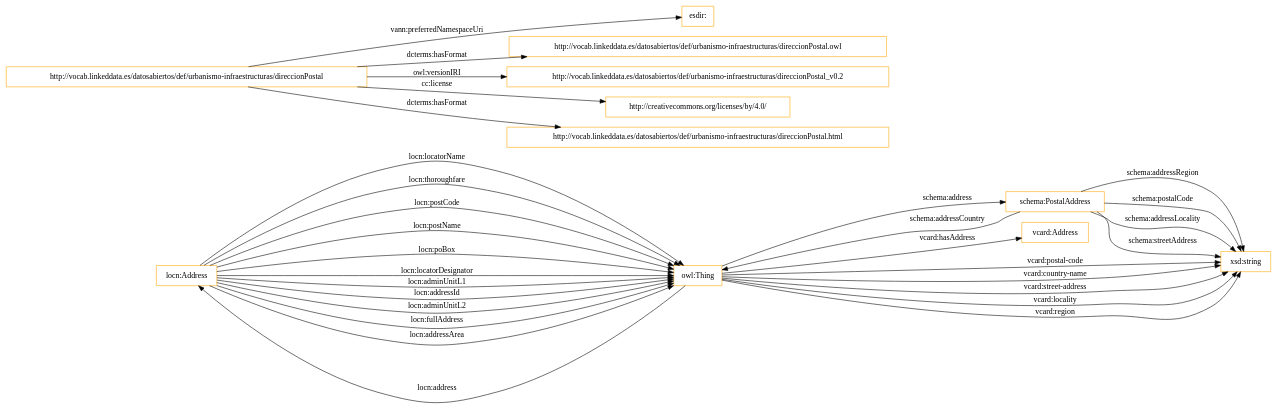
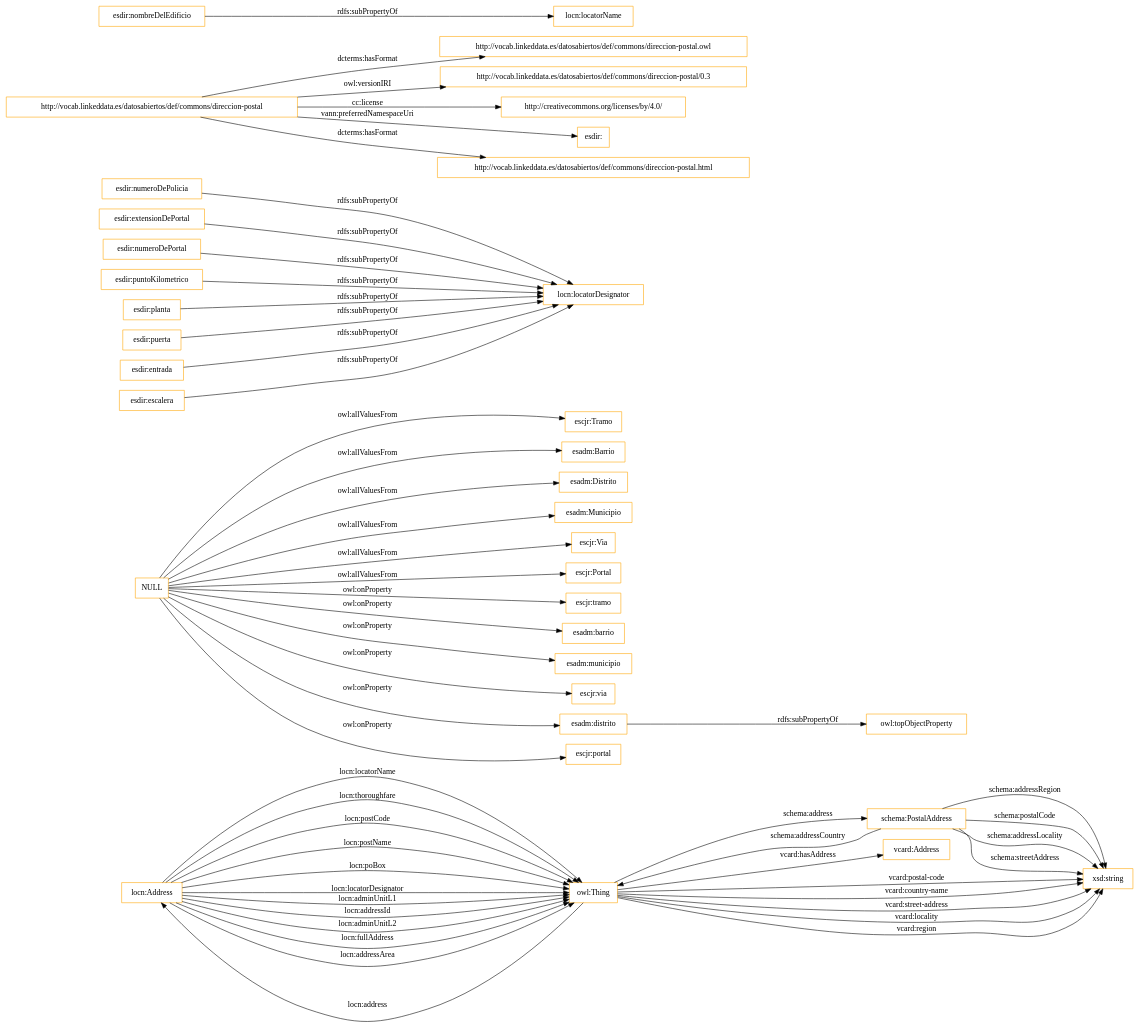
One commit to opencitydata/commons-direccion-postal changed the diagram in OnToology/direccionpostal.owl/diagrams/ar2dtool-class/direccionpostal.owl.png.dot. Above: the diagram before and after it, drawn with Graphviz. The commit also changed 39 other files, not shown here.

```diff
--- a/OnToology/direccionpostal.owl/diagrams/ar2dtool-class/direccionpostal.owl.png.dot
+++ b/OnToology/direccionpostal.owl/diagrams/ar2dtool-class/direccionpostal.owl.png.dot
@@ -1,35 +1,57 @@
 digraph ar2dtool_diagram { 
 rankdir=LR;
 size="1501"
-node [shape = rectangle, color="orange"]; "locn:Address" "vcard:Address" "schema:PostalAddress" ; /*classes style*/
-	"http://vocab.linkeddata.es/datosabiertos/def/urbanismo-infraestructuras/direccionPostal" -> "esdir:" [ label = "vann:preferredNamespaceUri" ];
-	"http://vocab.linkeddata.es/datosabiertos/def/urbanismo-infraestructuras/direccionPostal" -> "http://vocab.linkeddata.es/datosabiertos/def/urbanismo-infraestructuras/direccionPostal.owl" [ label = "dcterms:hasFormat" ];
-	"http://vocab.linkeddata.es/datosabiertos/def/urbanismo-infraestructuras/direccionPostal" -> "http://vocab.linkeddata.es/datosabiertos/def/urbanismo-infraestructuras/direccionPostal_v0.2" [ label = "owl:versionIRI" ];
-	"http://vocab.linkeddata.es/datosabiertos/def/urbanismo-infraestructuras/direccionPostal" -> "http://creativecommons.org/licenses/by/4.0/" [ label = "cc:license" ];
-	"http://vocab.linkeddata.es/datosabiertos/def/urbanismo-infraestructuras/direccionPostal" -> "http://vocab.linkeddata.es/datosabiertos/def/urbanismo-infraestructuras/direccionPostal.html" [ label = "dcterms:hasFormat" ];
+node [shape = rectangle, color="orange"]; "locn:Address" "escjr:Tramo" "schema:PostalAddress" "esadm:Barrio" "esadm:Distrito" "vcard:Address" "esadm:Municipio" "escjr:Via" "escjr:Portal" ; /*classes style*/
+	"NULL" -> "escjr:tramo" [ label = "owl:onProperty" ];
+	"NULL" -> "esadm:barrio" [ label = "owl:onProperty" ];
+	"NULL" -> "esadm:Barrio" [ label = "owl:allValuesFrom" ];
+	"NULL" -> "esadm:municipio" [ label = "owl:onProperty" ];
+	"NULL" -> "esadm:Distrito" [ label = "owl:allValuesFrom" ];
+	"NULL" -> "escjr:via" [ label = "owl:onProperty" ];
+	"NULL" -> "escjr:Portal" [ label = "owl:allValuesFrom" ];
+	"NULL" -> "esadm:distrito" [ label = "owl:onProperty" ];
+	"NULL" -> "escjr:Tramo" [ label = "owl:allValuesFrom" ];
+	"NULL" -> "escjr:portal" [ label = "owl:onProperty" ];
+	"NULL" -> "escjr:Via" [ label = "owl:allValuesFrom" ];
+	"NULL" -> "esadm:Municipio" [ label = "owl:allValuesFrom" ];
+	"esdir:numeroDePolicia" -> "locn:locatorDesignator" [ label = "rdfs:subPropertyOf" ];
+	"http://vocab.linkeddata.es/datosabiertos/def/commons/direccion-postal" -> "http://vocab.linkeddata.es/datosabiertos/def/commons/direccion-postal.owl" [ label = "dcterms:hasFormat" ];
+	"http://vocab.linkeddata.es/datosabiertos/def/commons/direccion-postal" -> "http://vocab.linkeddata.es/datosabiertos/def/commons/direccion-postal/0.3" [ label = "owl:versionIRI" ];
+	"http://vocab.linkeddata.es/datosabiertos/def/commons/direccion-postal" -> "http://creativecommons.org/licenses/by/4.0/" [ label = "cc:license" ];
+	"http://vocab.linkeddata.es/datosabiertos/def/commons/direccion-postal" -> "esdir:" [ label = "vann:preferredNamespaceUri" ];
+	"http://vocab.linkeddata.es/datosabiertos/def/commons/direccion-postal" -> "http://vocab.linkeddata.es/datosabiertos/def/commons/direccion-postal.html" [ label = "dcterms:hasFormat" ];
+	"esdir:extensionDePortal" -> "locn:locatorDesignator" [ label = "rdfs:subPropertyOf" ];
+	"esdir:numeroDePortal" -> "locn:locatorDesignator" [ label = "rdfs:subPropertyOf" ];
+	"esdir:puntoKilometrico" -> "locn:locatorDesignator" [ label = "rdfs:subPropertyOf" ];
+	"esadm:distrito" -> "owl:topObjectProperty" [ label = "rdfs:subPropertyOf" ];
+	"esdir:planta" -> "locn:locatorDesignator" [ label = "rdfs:subPropertyOf" ];
+	"esdir:nombreDelEdificio" -> "locn:locatorName" [ label = "rdfs:subPropertyOf" ];
+	"esdir:puerta" -> "locn:locatorDesignator" [ label = "rdfs:subPropertyOf" ];
+	"esdir:entrada" -> "locn:locatorDesignator" [ label = "rdfs:subPropertyOf" ];
+	"esdir:escalera" -> "locn:locatorDesignator" [ label = "rdfs:subPropertyOf" ];
 	"locn:Address" -> "owl:Thing" [ label = "locn:locatorName" ];
 	"locn:Address" -> "owl:Thing" [ label = "locn:thoroughfare" ];
 	"locn:Address" -> "owl:Thing" [ label = "locn:postCode" ];
 	"schema:PostalAddress" -> "xsd:string" [ label = "schema:addressRegion" ];
 	"owl:Thing" -> "vcard:Address" [ label = "vcard:hasAddress" ];
 	"locn:Address" -> "owl:Thing" [ label = "locn:postName" ];
 	"schema:PostalAddress" -> "xsd:string" [ label = "schema:postalCode" ];
 	"owl:Thing" -> "xsd:string" [ label = "vcard:postal-code" ];
 	"owl:Thing" -> "xsd:string" [ label = "vcard:country-name" ];
 	"locn:Address" -> "owl:Thing" [ label = "locn:poBox" ];
 	"locn:Address" -> "owl:Thing" [ label = "locn:locatorDesignator" ];
 	"schema:PostalAddress" -> "xsd:string" [ label = "schema:addressLocality" ];
 	"locn:Address" -> "owl:Thing" [ label = "locn:adminUnitL1" ];
 	"locn:Address" -> "owl:Thing" [ label = "locn:addressId" ];
 	"owl:Thing" -> "xsd:string" [ label = "vcard:street-address" ];
 	"locn:Address" -> "owl:Thing" [ label = "locn:adminUnitL2" ];
 	"owl:Thing" -> "schema:PostalAddress" [ label = "schema:address" ];
 	"schema:PostalAddress" -> "owl:Thing" [ label = "schema:addressCountry" ];
+	"owl:Thing" -> "xsd:string" [ label = "vcard:locality" ];
 	"owl:Thing" -> "locn:Address" [ label = "locn:address" ];
-	"owl:Thing" -> "xsd:string" [ label = "vcard:locality" ];
 	"locn:Address" -> "owl:Thing" [ label = "locn:fullAddress" ];
 	"owl:Thing" -> "xsd:string" [ label = "vcard:region" ];
 	"locn:Address" -> "owl:Thing" [ label = "locn:addressArea" ];
 	"schema:PostalAddress" -> "xsd:string" [ label = "schema:streetAddress" ];
 
 }
```
